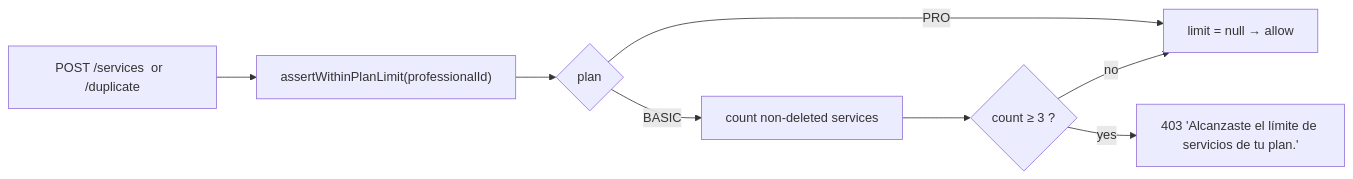
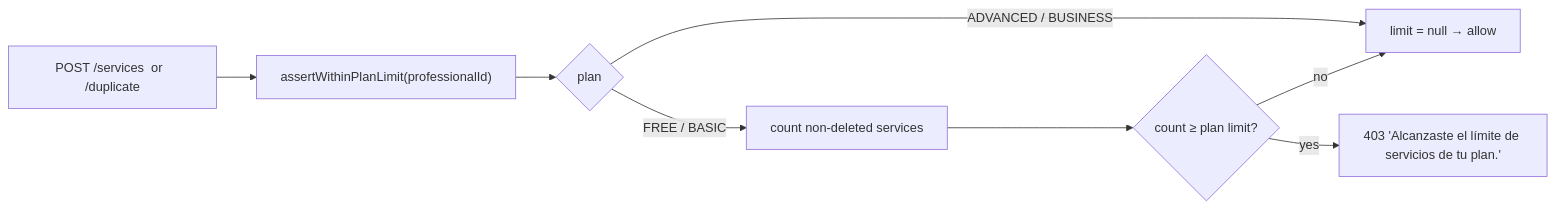
The second of 2 diagrams in docs/src/content/docs/en/features/services.md (Emberalab/Agendya), drawn with Mermaid before and after one commit. The commit also changed 60 other files, not shown here.

````diff
--- a/docs/src/content/docs/en/features/services.md
+++ b/docs/src/content/docs/en/features/services.md
@@ -56,10 +56,10 @@
 ```mermaid
 flowchart LR
   C["POST /services  or  /duplicate"] --> A["assertWithinPlanLimit(professionalId)"]
   A --> P{"plan"}
-  P -->|PRO| OK["limit = null → allow"]
-  P -->|BASIC| N["count non-deleted services"]
-  N --> G{"count ≥ 3 ?"}
+  P -->|ADVANCED / BUSINESS| OK["limit = null → allow"]
+  P -->|FREE / BASIC| N["count non-deleted services"]
+  N --> G{"count ≥ plan limit?"}
   G -->|yes| E["403 'Alcanzaste el límite de servicios de tu plan.'"]
   G -->|no| OK
 ```
````
